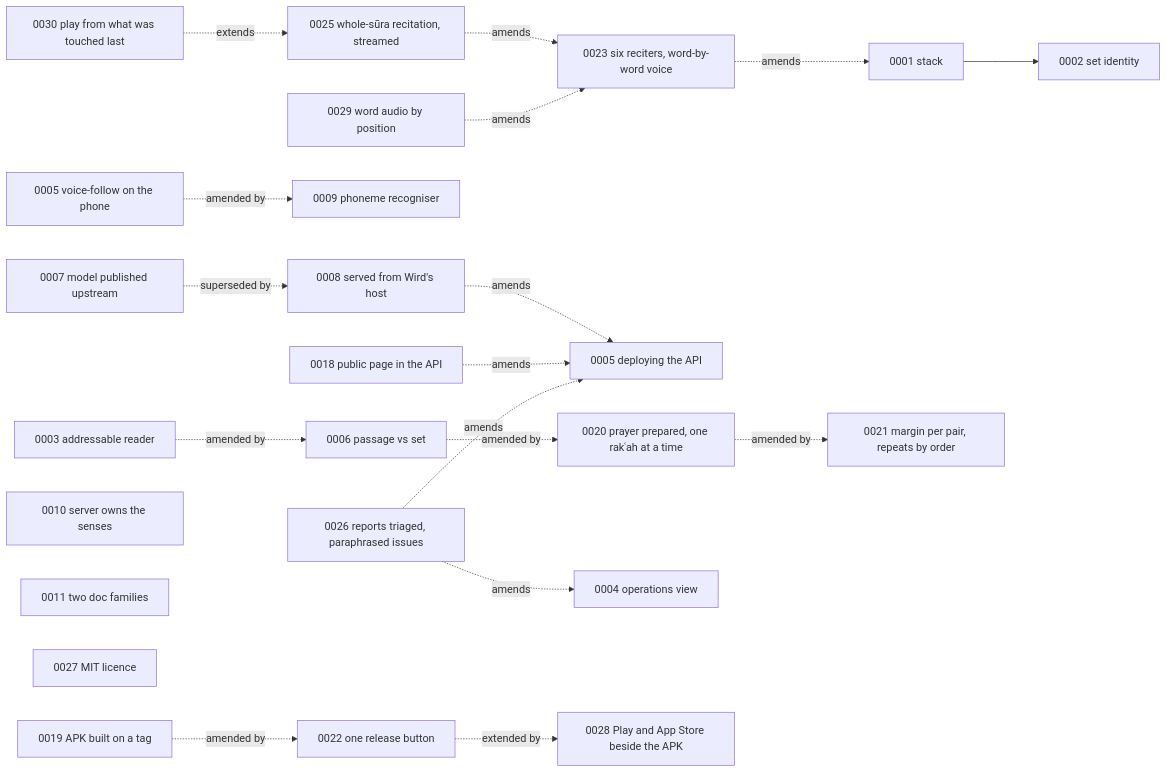
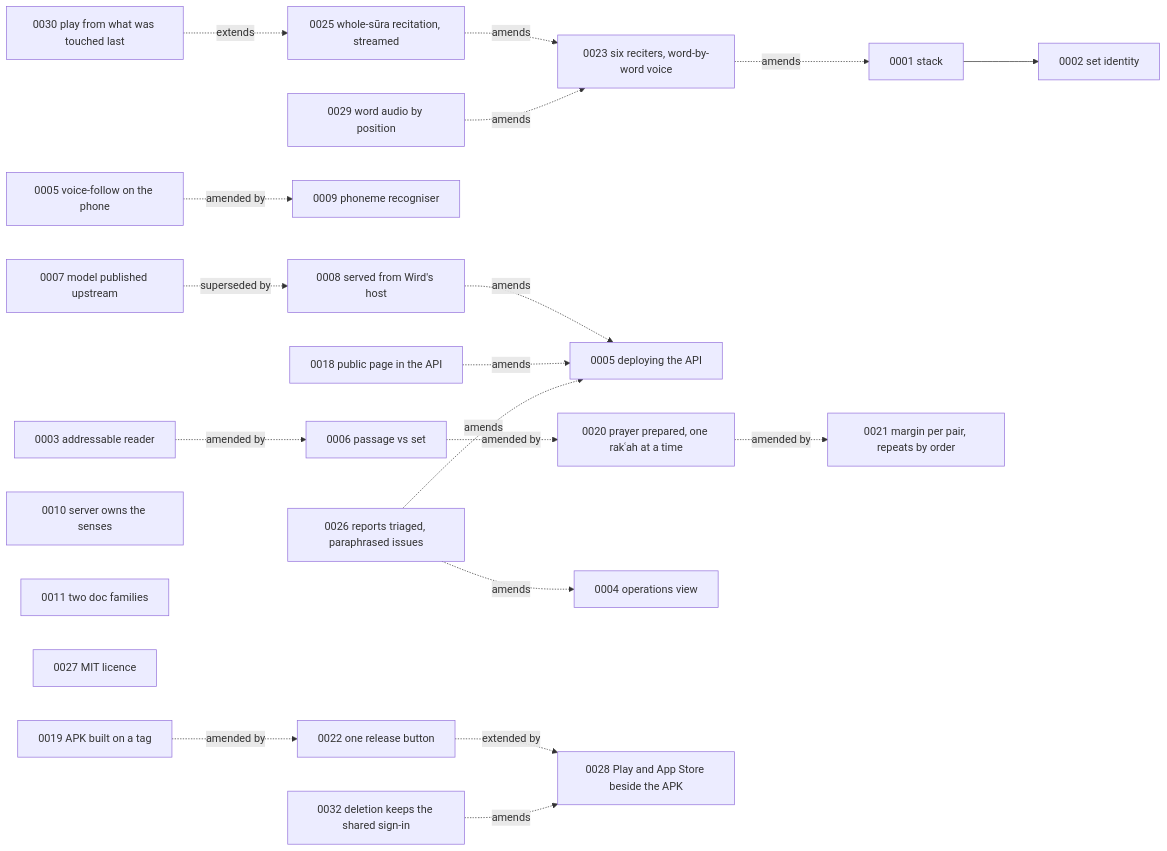
One commit to MohammadBnei/wird changed the diagram in docs/adr/README.md. Above: the diagram before and after it, drawn with Mermaid. The commit also changed other lines of this file and 8 other files, not shown here.

First line of the commit message:
Declare the sign-in email and say exactly what deletion removes

````diff
--- a/docs/adr/README.md
+++ b/docs/adr/README.md
@@ -7,22 +7,23 @@
 ```mermaid
 flowchart LR
   A1[0001 stack] --> A2[0002 set identity]
   A3[0003 addressable reader] -. amended by .-> A6[0006 passage vs set]
   A6 -. amended by .-> A20[0020 prayer prepared, one rakʿah at a time]
   A20 -. amended by .-> A21[0021 margin per pair, repeats by order]
   A19[0019 APK built on a tag] -. amended by .-> A22[0022 one release button]
   A5v[0005 voice-follow on the phone] -. amended by .-> A9[0009 phoneme recogniser]
   A7[0007 model published upstream] -. superseded by .-> A8[0008 served from Wird's host]
   A8 -. amends .-> A5d[0005 deploying the API]
   A10[0010 server owns the senses]
   A11[0011 two doc families]
   A18[0018 public page in the API] -. amends .-> A5d
   A23[0023 six reciters, word-by-word voice] -. amends .-> A1
   A25[0025 whole-sūra recitation, streamed] -. amends .-> A23
   A26[0026 reports triaged, paraphrased issues] -. amends .-> A4[0004 operations view]
   A26 -. amends .-> A5d
   A27[0027 MIT licence]
   A29[0029 word audio by position] -. amends .-> A23
   A30[0030 play from what was touched last] -. extends .-> A25
   A22 -. extended by .-> A28[0028 Play and App Store beside the APK]
+  A32[0032 deletion keeps the shared sign-in] -. amends .-> A28
 ```
````
